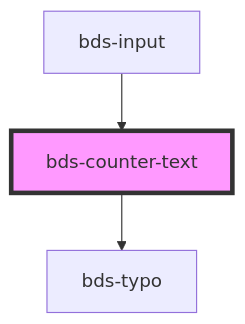
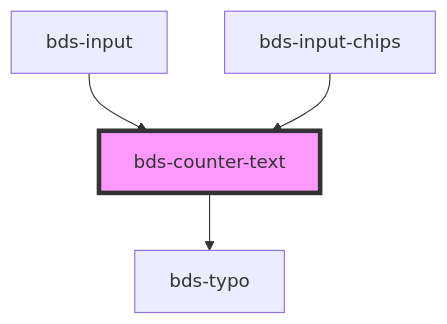
One commit to takenet/blip-ds changed the diagram in src/components/counter-text/readme.md. Above: the diagram before and after it, drawn with Mermaid. The commit also changed other lines of this file and 4 other files, not shown here.

Commit message:
fix(input-chips): fixind maxlenght on component

````diff
--- a/src/components/counter-text/readme.md
+++ b/src/components/counter-text/readme.md
@@ -30,6 +31,7 @@
 ```mermaid
 graph TD;
   bds-counter-text --> bds-typo
   bds-input --> bds-counter-text
+  bds-input-chips --> bds-counter-text
   style bds-counter-text fill:#f9f,stroke:#333,stroke-width:4px
 ```
````
